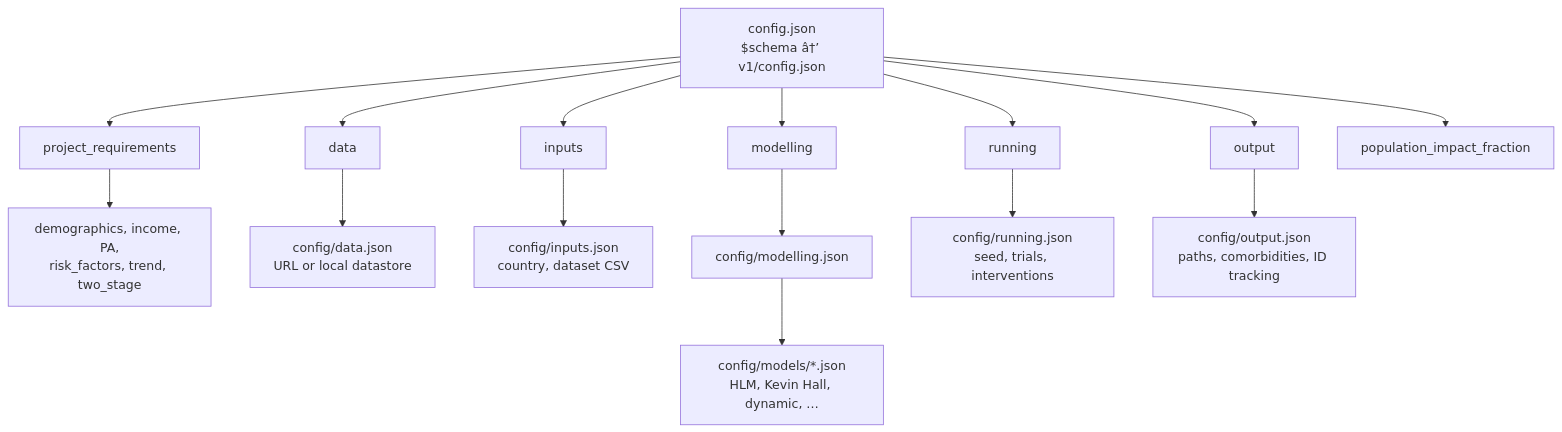
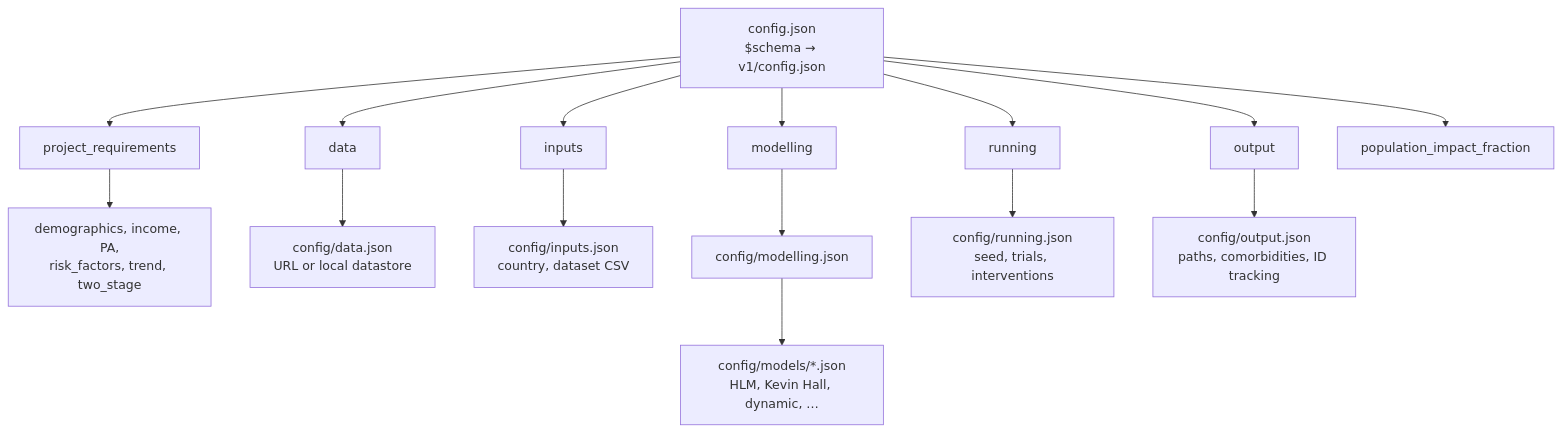
One commit to imperialCHEPI/healthgps changed the first of 3 diagrams in documentation/user/schemas.md. Above: the diagram before and after it, drawn with Mermaid. The commit also changed 9 other files, not shown here.

````diff
--- a/documentation/user/schemas.md
+++ b/documentation/user/schemas.md
@@ -29,19 +29,19 @@
 ```mermaid
 flowchart TB
-    ROOT["config.json<br/>$schema â†’ v1/config.json"]
+    ROOT["config.json<br/>$schema → v1/config.json"]
     ROOT --> PR[project_requirements]
     ROOT --> DATA[data]
     ROOT --> IN[inputs]
     ROOT --> MOD[modelling]
     ROOT --> RUN[running]
     ROOT --> OUT[output]
     ROOT --> PIF[population_impact_fraction]
 
     PR --> PRsub["demographics, income, PA,<br/>risk_factors, trend, two_stage"]
     DATA --> DATAref["config/data.json<br/>URL or local datastore"]
     IN --> INref["config/inputs.json<br/>country, dataset CSV"]
     MOD --> MODref["config/modelling.json"]
     MODref --> MODELS["config/models/*.json<br/>HLM, Kevin Hall, dynamic, …"]
     RUN --> RUNref["config/running.json<br/>seed, trials, interventions"]
     OUT --> OUTref["config/output.json<br/>paths, comorbidities, ID tracking"]
 ```
````
